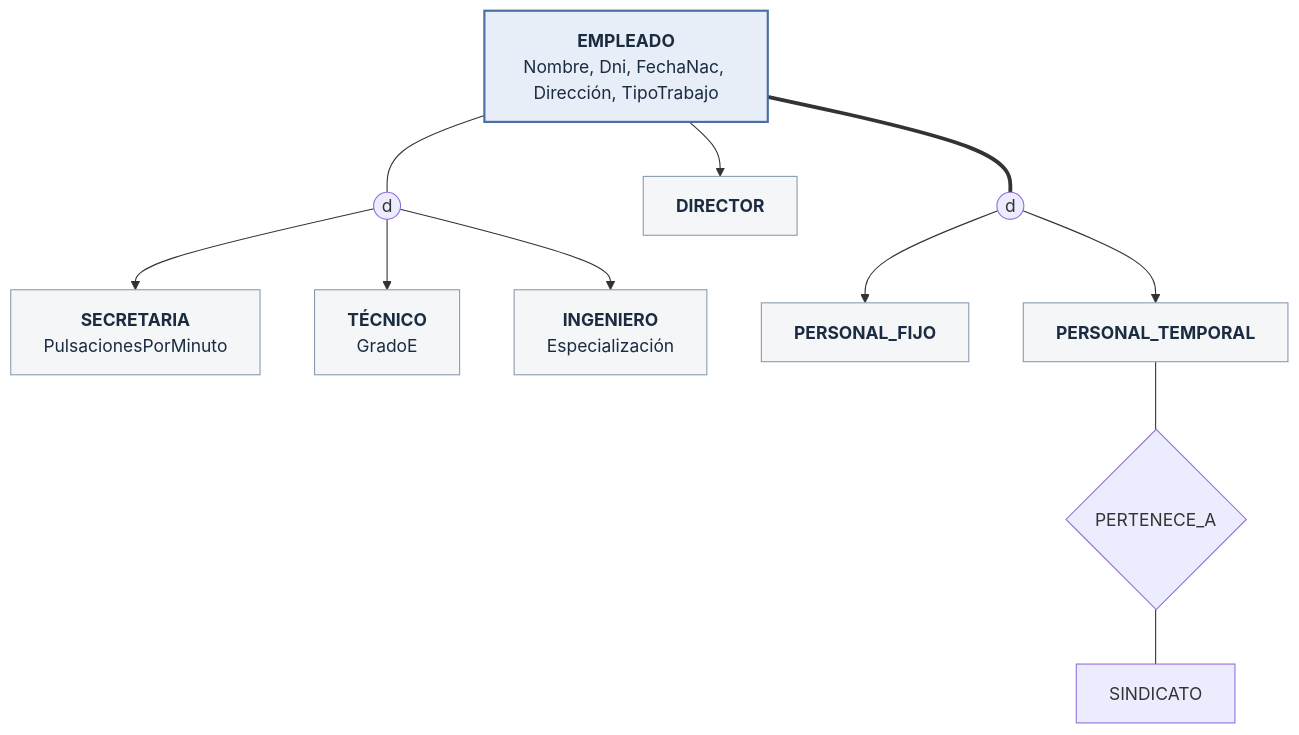
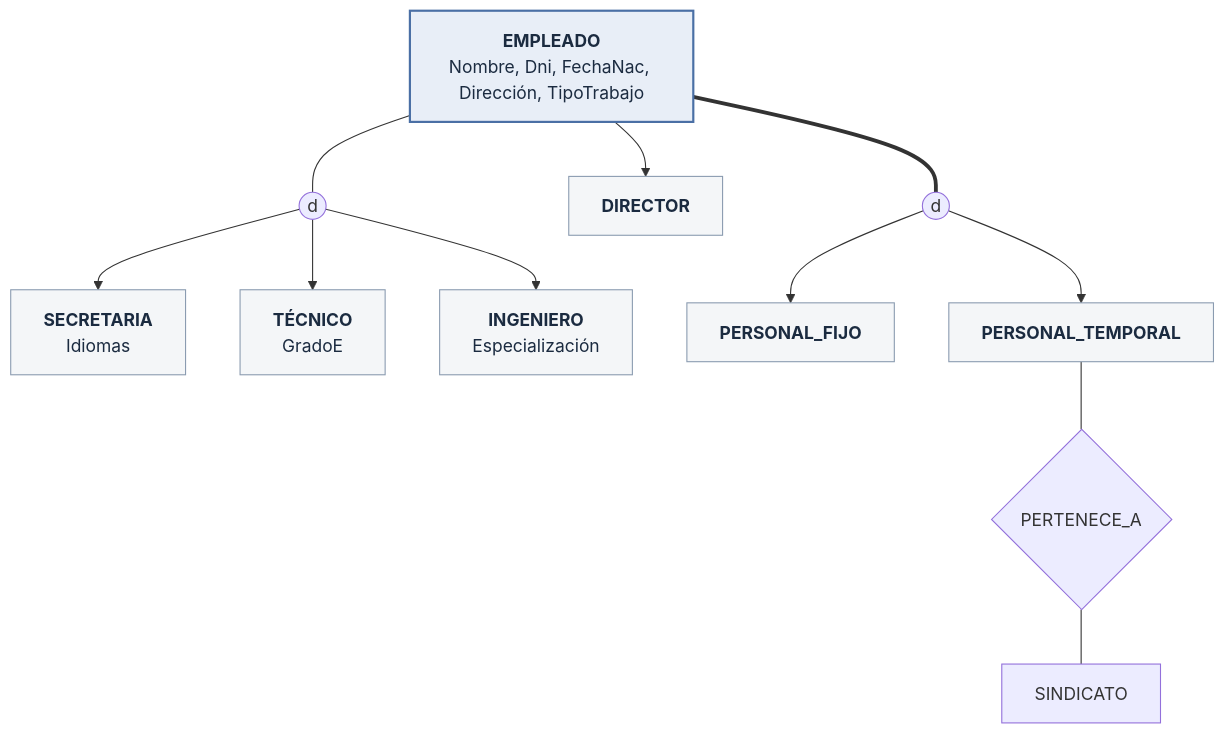
The first of 3 diagrams in isc-321/unidad-1/modelo-eer.md (ISCODIGO/iscodigo.github.io), drawn with Mermaid before and after one commit. The commit also changed other lines of this file, not shown here.

Commit message:
docs(isc-321): correct SECRETARIA attribute in EER model
Replace PulsacionesPorMinuto with Idiomas as the SECRETARIA-specific
attribute in the specialization example, updating both the description
and the Mermaid diagram.

````diff
--- a/isc-321/unidad-1/modelo-eer.md
+++ b/isc-321/unidad-1/modelo-eer.md
@@ -48,21 +48,21 @@
 ```mermaid
 flowchart TD
     E["<b>EMPLEADO</b><br/>Nombre, Dni, FechaNac, Dirección, TipoTrabajo"]
 
     E --- D1(("d"))
-    D1 --> S["<b>SECRETARIA</b><br/>PulsacionesPorMinuto"]
+    D1 --> S["<b>SECRETARIA</b><br/>Idiomas"]
     D1 --> T["<b>TÉCNICO</b><br/>GradoE"]
     D1 --> I["<b>INGENIERO</b><br/>Especialización"]
 
     E --> DI["<b>DIRECTOR</b>"]
 
     E === D2(("d"))
     D2 --> PF["<b>PERSONAL_FIJO</b>"]
     D2 --> PT["<b>PERSONAL_TEMPORAL</b>"]
     PT --- PA{"PERTENECE_A"} --- SI["SINDICATO"]
 
     classDef sup fill:#e8eef7,stroke:#4a6fa5,stroke-width:2px,color:#1b2b40
     classDef sub fill:#f4f6f8,stroke:#8a9bb0,color:#1b2b40
     class E sup
     class S,T,I,DI,PF,PT sub
 ```
````
